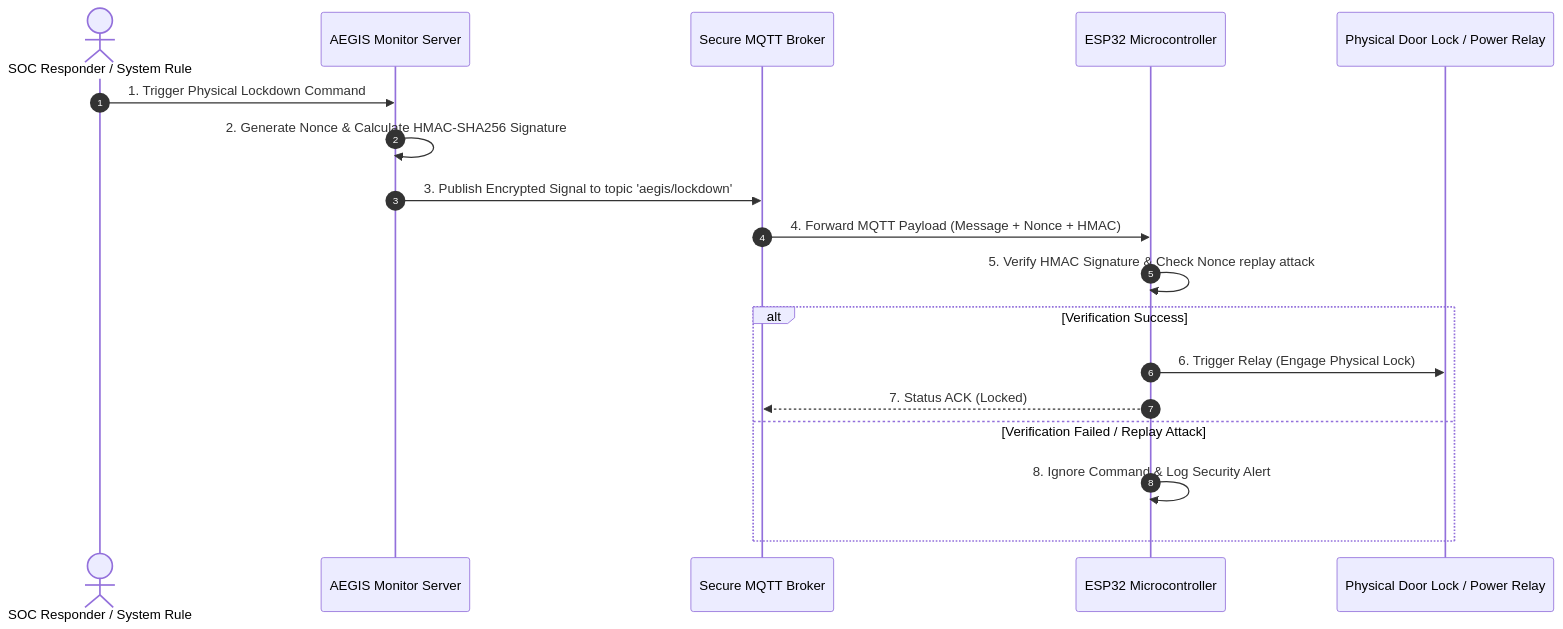
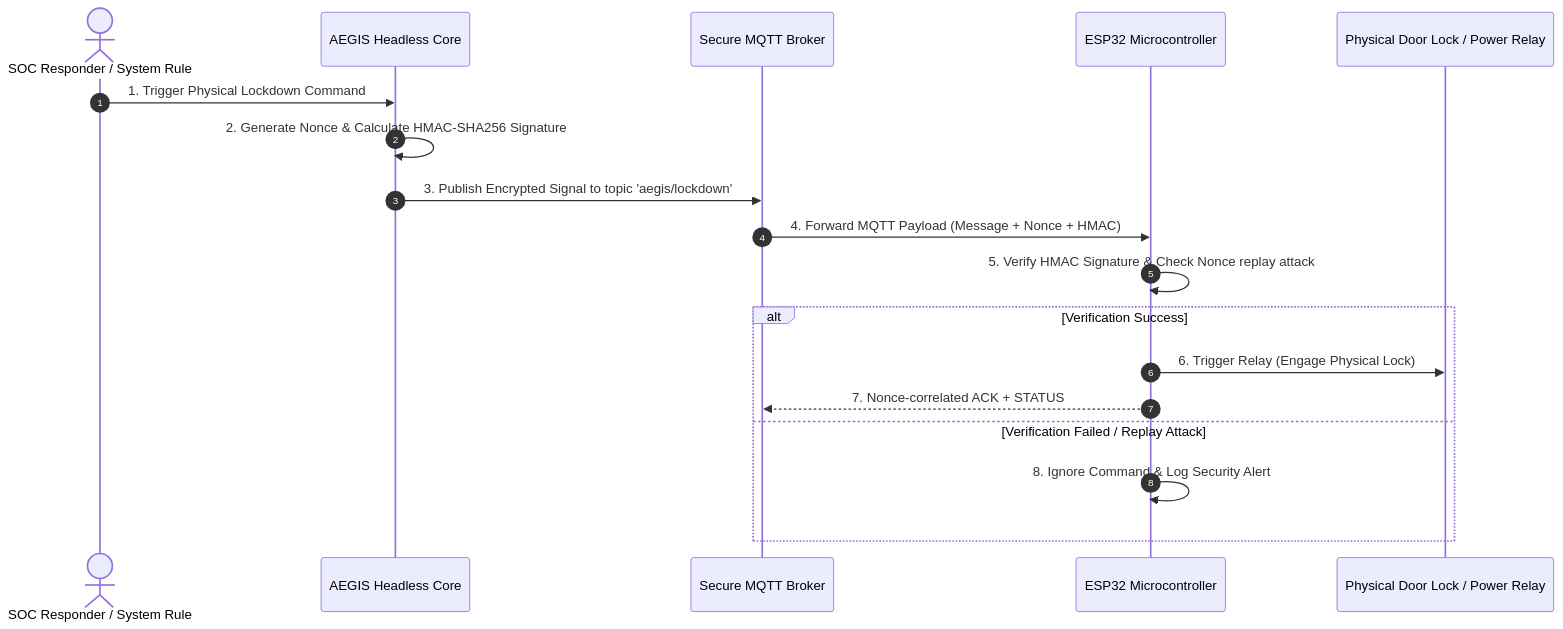
The diagram in Obsidian_AEGIS_Vault/AEGIS_Knowledge/idea3/idea3-status.md (kraveerachat/Project-End-The-AEGIS), drawn with Mermaid before and after one commit. The commit also changed other lines of this file and 53 other files, not shown here.

Commit message:
feat(idea3): publish headless core command evidence

````diff
--- a/Obsidian_AEGIS_Vault/AEGIS_Knowledge/idea3/idea3-status.md
+++ b/Obsidian_AEGIS_Vault/AEGIS_Knowledge/idea3/idea3-status.md
@@ -23,21 +23,21 @@
 ```mermaid
 sequenceDiagram
     autonumber
     actor SOC as SOC Responder / System Rule
-    participant Backend as AEGIS Monitor Server
+    participant Backend as AEGIS Headless Core
     participant Broker as Secure MQTT Broker
     participant ESP32 as ESP32 Microcontroller
     participant Relay as Physical Door Lock / Power Relay
 
     SOC->>Backend: 1. Trigger Physical Lockdown Command
     Backend->>Backend: 2. Generate Nonce & Calculate HMAC-SHA256 Signature
     Backend->>Broker: 3. Publish Encrypted Signal to topic 'aegis/lockdown'
     Broker->>ESP32: 4. Forward MQTT Payload (Message + Nonce + HMAC)
     ESP32->>ESP32: 5. Verify HMAC Signature & Check Nonce replay attack
     alt Verification Success
         ESP32->>Relay: 6. Trigger Relay (Engage Physical Lock)
-        ESP32-->>Broker: 7. Status ACK (Locked)
+        ESP32-->>Broker: 7. Nonce-correlated ACK + STATUS
     else Verification Failed / Replay Attack
         ESP32->>ESP32: 8. Ignore Command & Log Security Alert
     end
 ```
````
